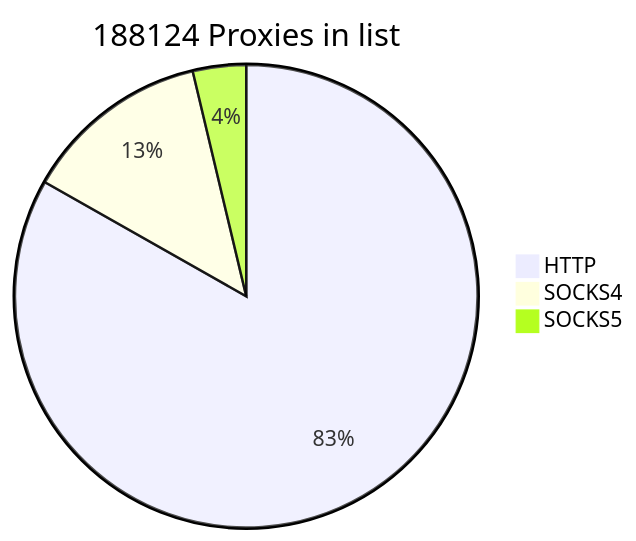
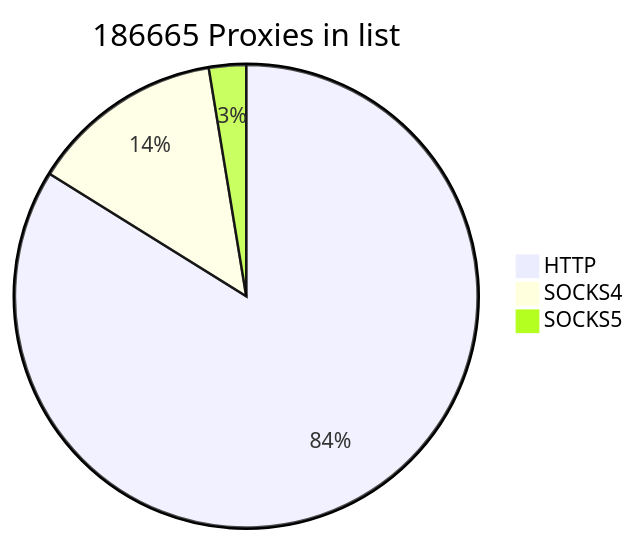
One commit to cutipu/proxylist changed the first of 2 diagrams in README.md. Above: the diagram before and after it, drawn with Mermaid. The commit also changed other lines of this file, not shown here.

````diff
--- a/README.md
+++ b/README.md
@@ -2,7 +2,7 @@
 ```mermaid
-pie title 188124 Proxies in list
-    "HTTP" : 156527
-    "SOCKS4" : 24600
-    "SOCKS5" : 6997
+pie title 186665 Proxies in list
+    "HTTP" : 156550
+    "SOCKS4" : 25271
+    "SOCKS5" : 4844
             
 ```
````
